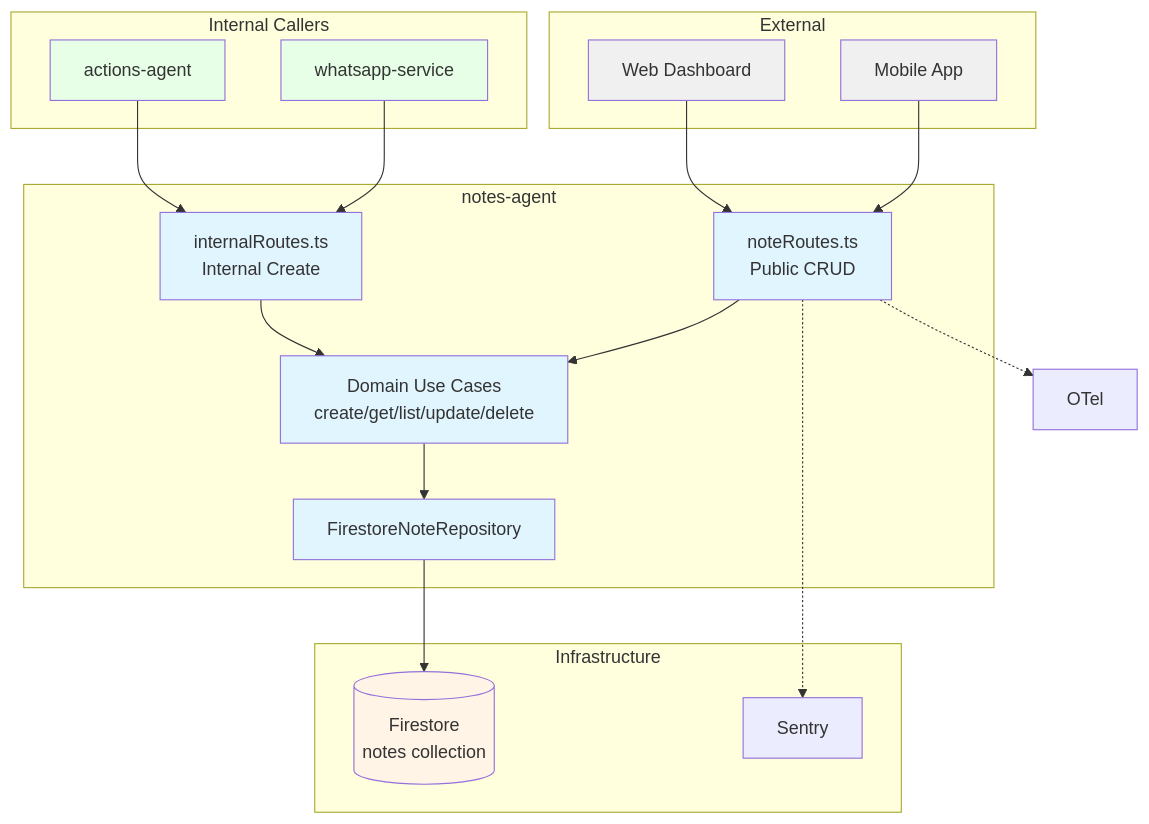
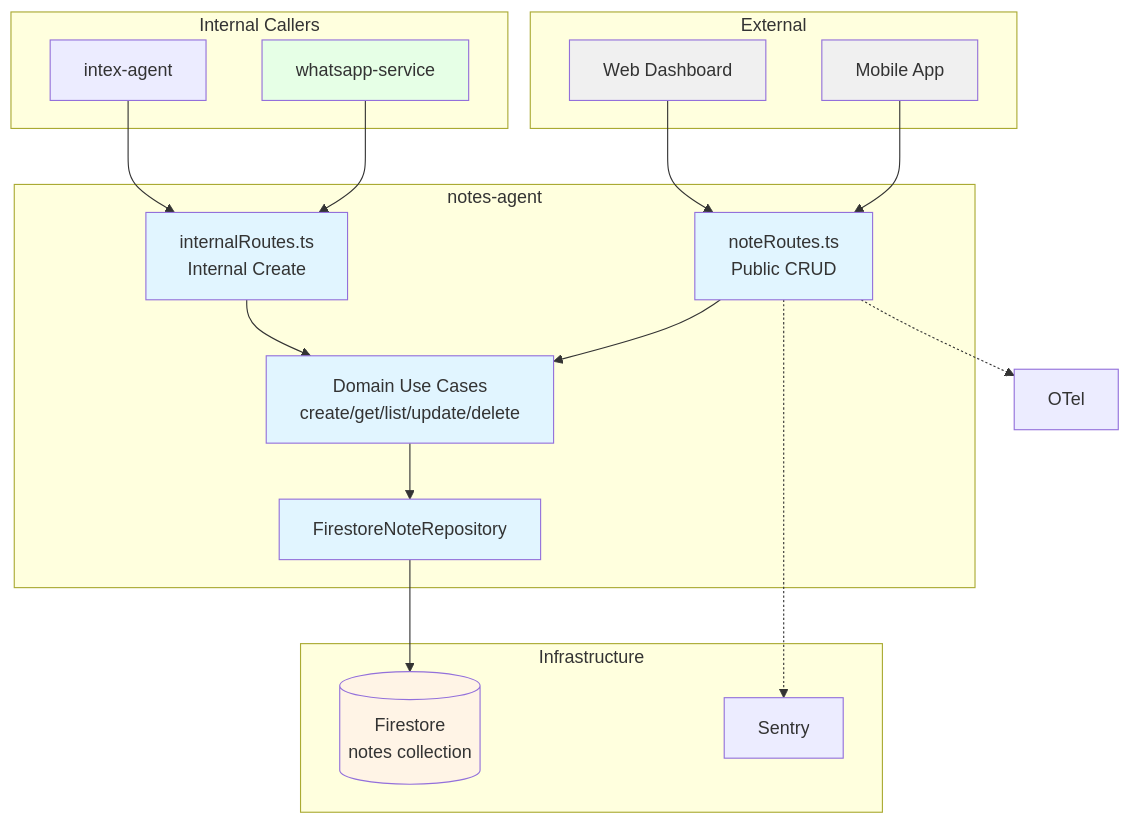
One commit to pbuchman/intexuraos changed the first of 2 diagrams in docs/services/notes-agent/technical.md. Above: the diagram before and after it, drawn with Mermaid. The commit also changed other lines of this file and 607 other files, not shown here.

````diff
--- a/docs/services/notes-agent/technical.md
+++ b/docs/services/notes-agent/technical.md
@@ -9,46 +9,46 @@
 ```mermaid
 graph TB
     subgraph "External"
         Web[Web Dashboard]
         Mobile[Mobile App]
     end
 
     subgraph "Internal Callers"
-        Actions[actions-agent]
+        Intex[intex-agent]
         WA[whatsapp-service]
     end
 
     subgraph "notes-agent"
         NoteRoutes[noteRoutes.ts<br>Public CRUD]
         InternalRoutes[internalRoutes.ts<br>Internal Create]
         UseCases[Domain Use Cases<br>create/get/list/update/delete]
         Repo[FirestoreNoteRepository]
     end
 
     subgraph "Infrastructure"
         Firestore[(Firestore<br>notes collection)]
         Sentry[Sentry]
     end
 
     Web --> NoteRoutes
     Mobile --> NoteRoutes
-    Actions --> InternalRoutes
+    Intex --> InternalRoutes
     WA --> InternalRoutes
     NoteRoutes --> UseCases
     InternalRoutes --> UseCases
     UseCases --> Repo
     Repo --> Firestore
 
     NoteRoutes -.-> Sentry
     NoteRoutes -.-> OTel
 
     classDef service fill:#e1f5ff
     classDef storage fill:#fff4e6
     classDef external fill:#f0f0f0
     classDef internal fill:#e6ffe6
 
     class NoteRoutes,InternalRoutes,UseCases,Repo service
     class Firestore storage
     class Web,Mobile external
     class Actions,WA internal
 ```
````
